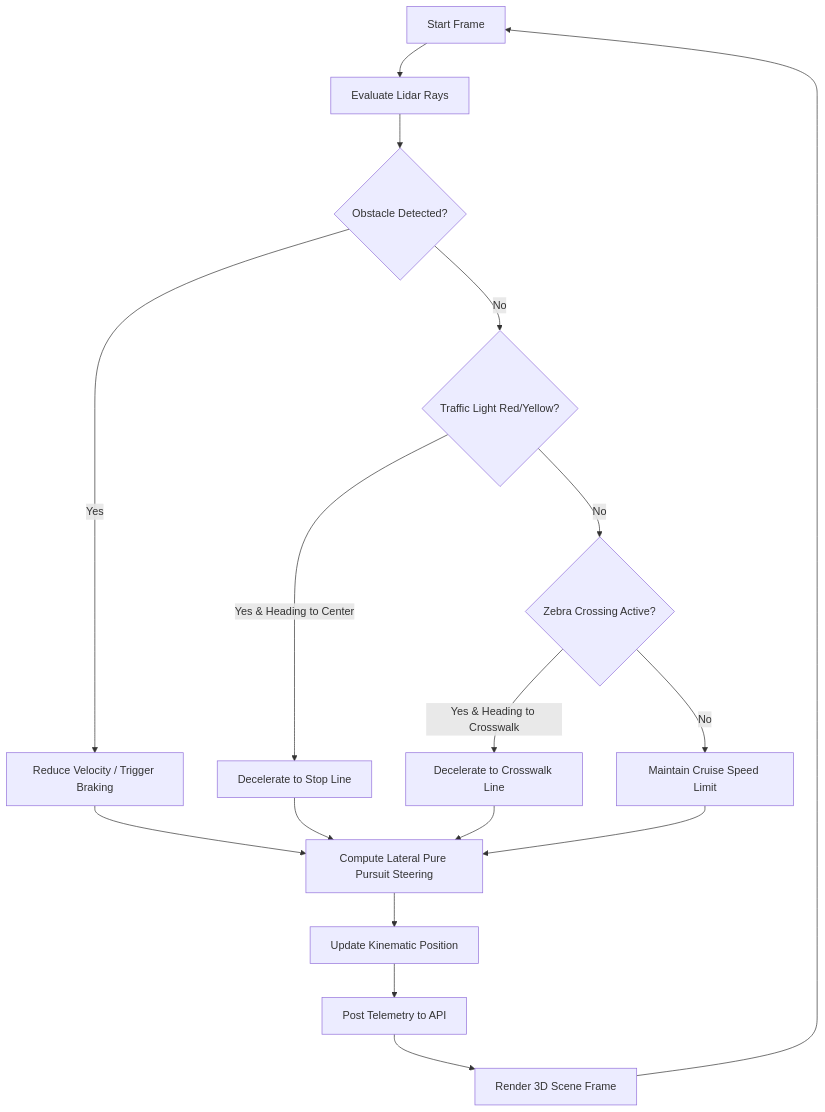
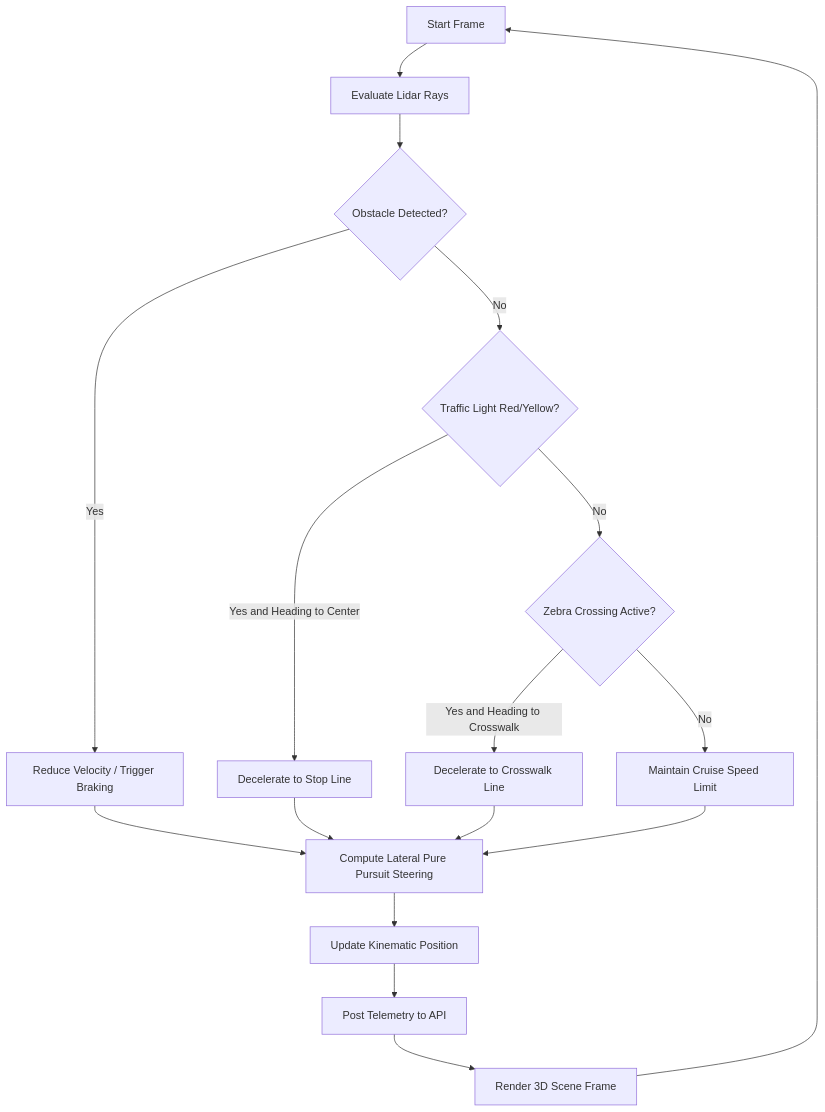
The second of 6 diagrams in README.md (Debarshi-IT/Final-Year-Main-Project), drawn with Mermaid before and after one commit. The commit also changed other lines of this file, not shown here.

````diff
--- a/README.md
+++ b/README.md
@@ -317,19 +317,19 @@
 ```mermaid
 flowchart TD
     A[Start Frame] --> B[Evaluate Lidar Rays]
     B --> C{Obstacle Detected?}
     C -- Yes --> D[Reduce Velocity / Trigger Braking]
     C -- No --> E{Traffic Light Red/Yellow?}
-    E -- Yes & Heading to Center --> F[Decelerate to Stop Line]
+    E -- Yes and Heading to Center --> F[Decelerate to Stop Line]
     E -- No --> G{Zebra Crossing Active?}
-    G -- Yes & Heading to Crosswalk --> H[Decelerate to Crosswalk Line]
+    G -- Yes and Heading to Crosswalk --> H[Decelerate to Crosswalk Line]
     G -- No --> I[Maintain Cruise Speed Limit]
     D --> J[Compute Lateral Pure Pursuit Steering]
     F --> J
     H --> J
     I --> J
     J --> K[Update Kinematic Position]
     K --> L[Post Telemetry to API]
     L --> M[Render 3D Scene Frame]
     M --> A
 ```
````
